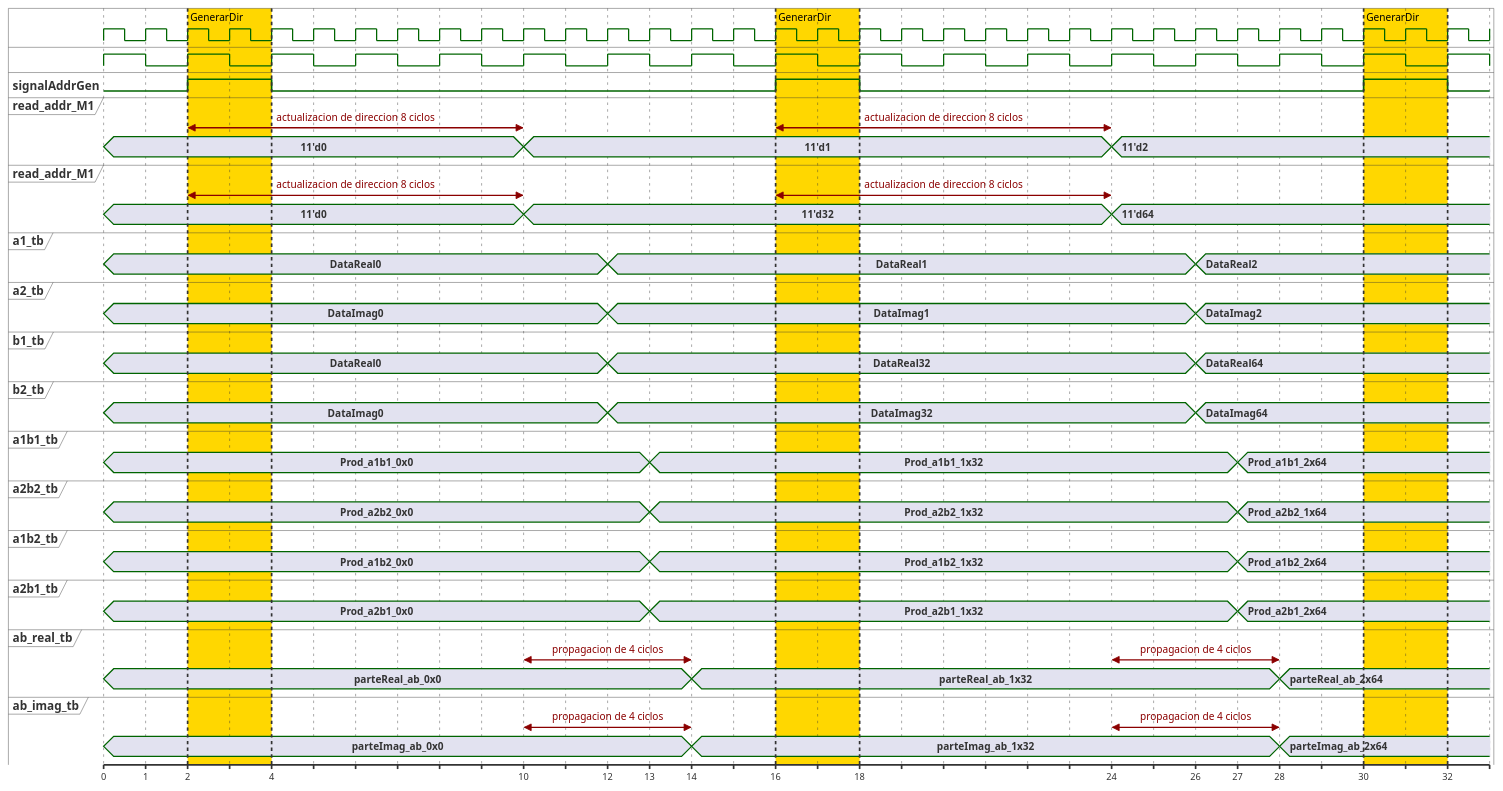
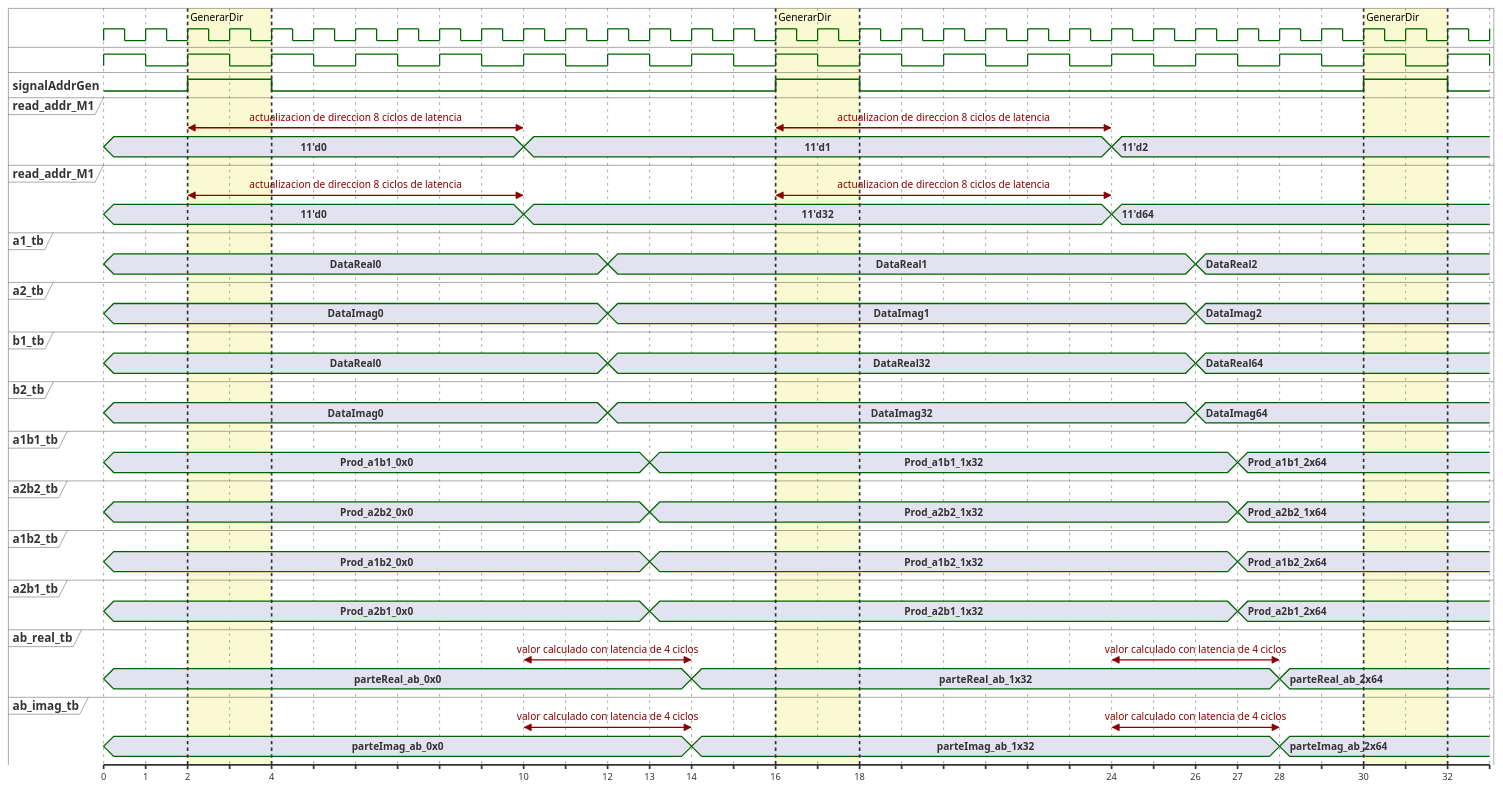
Before and after one commit to AlexandeGomez/waveforms: the diagram in timming_getoperations.puml, drawn with PlantUML. The commit also changed 4 other files, not shown here.

```diff
--- a/timming_getoperations.puml
+++ b/timming_getoperations.puml
@@ -1,102 +1,102 @@
 @startuml operations
 clock clk with period 1
 clock clkslow with period 2
 
 binary "signalAddrGen" as sad
 
 concise "read_addr_M1" as ra1
 concise "read_addr_M1" as ra2
 
 concise "a1_tb" as a1
 concise "a2_tb" as a2
 concise "b1_tb" as b1
 concise "b2_tb" as b2
 
 concise "a1b1_tb" as a1b1
 concise "a2b2_tb" as a2b2
 concise "a1b2_tb" as a1b2
 concise "a2b1_tb" as a2b1
 
 concise "ab_real_tb" as abr
 concise "ab_imag_tb" as abi
 
 
 @sad
 0 is slow
 +2 is high
 +2 is Low
 +12 is high
 +2 is slow
 +12 is high
 +2 is slow
 
 @ra1
 0 is "11'd0"
 +10 is "11'd1"
 +14 is "11'd2"
-@2 <-> @10 : actualizacion de direccion 8 ciclos
-@16 <-> @24 : actualizacion de direccion 8 ciclos
+@2 <-> @10 : actualizacion de direccion 8 ciclos de latencia
+@16 <-> @24 : actualizacion de direccion 8 ciclos de latencia
 
 @ra2
 0 is "11'd0"
 +10 is "11'd32"
 +14 is "11'd64"
-@2 <-> @10 : actualizacion de direccion 8 ciclos
-@16 <-> @24 : actualizacion de direccion 8 ciclos
+@2 <-> @10 : actualizacion de direccion 8 ciclos de latencia
+@16 <-> @24 : actualizacion de direccion 8 ciclos de latencia
 
 @a1
 0 is DataReal0
 +12 is DataReal1
 +14 is DataReal2
 @a2
 0 is DataImag0
 +12 is DataImag1
 +14 is DataImag2
 @b1
 0 is DataReal0
 +12 is DataReal32
 +14 is DataReal64
 @b2
 0 is DataImag0
 +12 is DataImag32
 +14 is DataImag64
 
 @a1b1
 0 is Prod_a1b1_0x0
 +13 is Prod_a1b1_1x32
 +14 is Prod_a1b1_2x64
 @a2b2
 0 is Prod_a2b2_0x0
 +13 is Prod_a2b2_1x32
 +14 is Prod_a2b2_1x64
 @a1b2
 0 is Prod_a1b2_0x0
 +13 is Prod_a1b2_1x32
 +14 is Prod_a1b2_2x64
 @a2b1
 0 is Prod_a2b1_0x0
 +13 is Prod_a2b1_1x32
 +14 is Prod_a2b1_2x64
 
 @abr
 0 is parteReal_ab_0x0
 +14 is parteReal_ab_1x32
 +14 is parteReal_ab_2x64
-@10 <-> @14 : propagacion de 4 ciclos
-@24 <-> @28 : propagacion de 4 ciclos
+@10 <-> @14 : valor calculado con latencia de 4 ciclos
+@24 <-> @28 : valor calculado con latencia de 4 ciclos
 
 @abi
 0 is parteImag_ab_0x0
 +14 is parteImag_ab_1x32
 +14 is parteImag_ab_2x64
-@10 <-> @14 : propagacion de 4 ciclos
-@24 <-> @28 : propagacion de 4 ciclos
+@10 <-> @14 : valor calculado con latencia de 4 ciclos
+@24 <-> @28 : valor calculado con latencia de 4 ciclos
 
 
 
 
-highlight 2 to 4 #Gold:GenerarDir
-highlight 16 to 18 #Gold:GenerarDir
-highlight 30 to 32 #Gold:GenerarDir
+highlight 2 to 4 #LightGoldenRodYellow:GenerarDir
+highlight 16 to 18 #LightGoldenRodYellow:GenerarDir
+highlight 30 to 32 #LightGoldenRodYellow:GenerarDir
 
 @enduml
```
